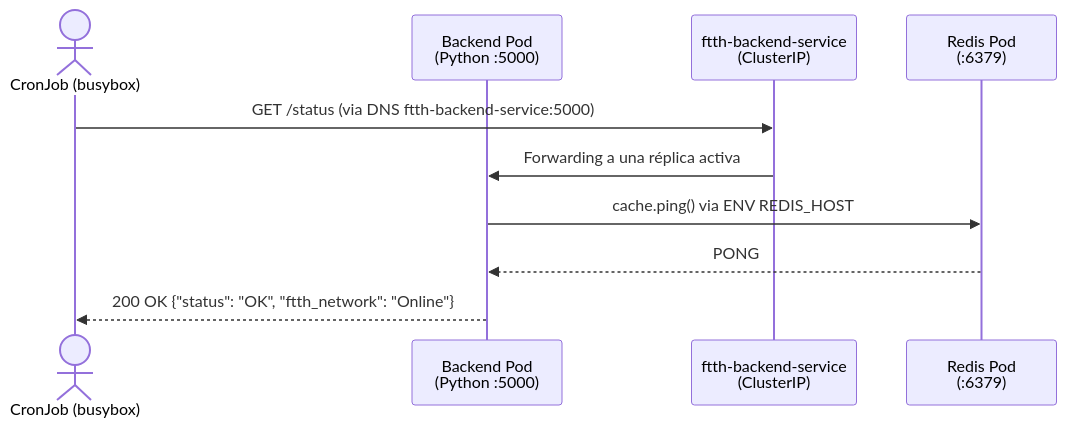
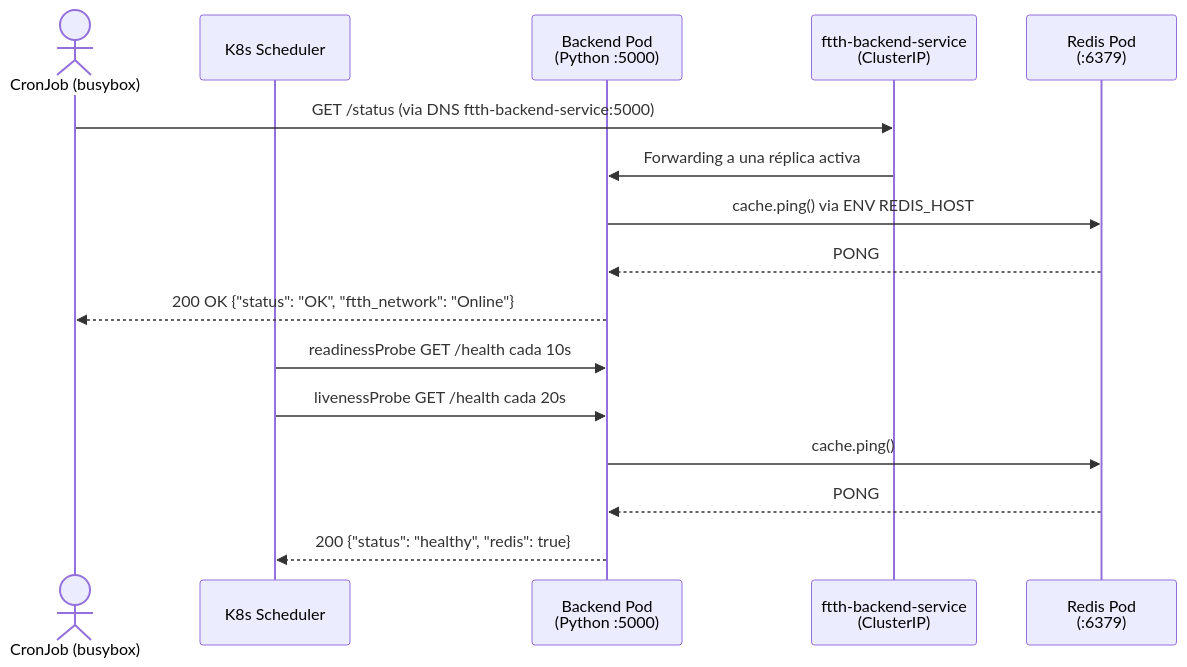
The diagram in docs/architecture/backend.md (LabordaSebastian/proyecto-k8s-ftth), drawn with Mermaid before and after one commit. The commit also changed other lines of this file and 10 other files, not shown here.

````diff
--- a/docs/architecture/backend.md
+++ b/docs/architecture/backend.md
@@ -16,13 +16,20 @@
 ```mermaid
 sequenceDiagram
     actor CronJob as CronJob (busybox)
+    participant K8s as K8s Scheduler
     participant BE as Backend Pod<br/>(Python :5000)
     participant SVC as ftth-backend-service<br/>(ClusterIP)
     participant Redis as Redis Pod<br/>(:6379)
 
     CronJob->>SVC: GET /status (via DNS ftth-backend-service:5000)
     SVC->>BE: Forwarding a una réplica activa
     BE->>Redis: cache.ping() via ENV REDIS_HOST
     Redis-->>BE: PONG
     BE-->>CronJob: 200 OK {"status": "OK", "ftth_network": "Online"}
+
+    K8s->>BE: readinessProbe GET /health cada 10s
+    K8s->>BE: livenessProbe GET /health cada 20s
+    BE->>Redis: cache.ping()
+    Redis-->>BE: PONG
+    BE-->>K8s: 200 {"status": "healthy", "redis": true}
 ```
````
